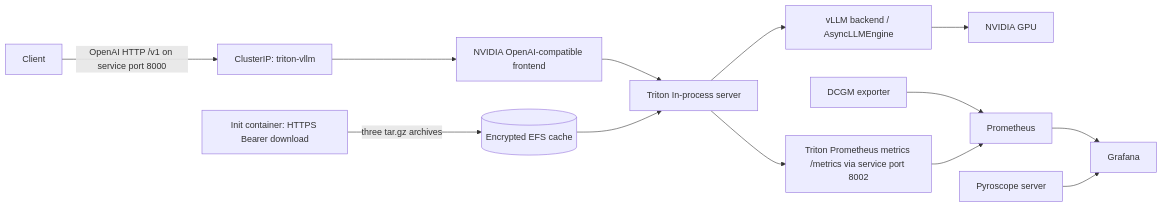
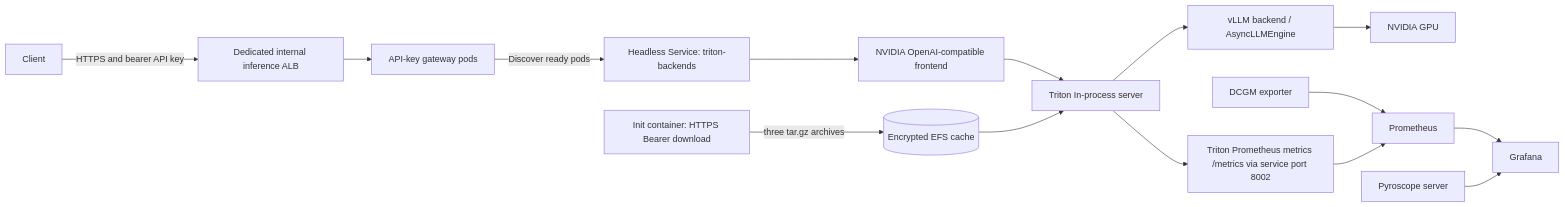
The diagram in concept.md (msb1/kube-gpu-profile), drawn with Mermaid before and after one commit. The commit also changed other lines of this file and 35 other files, not shown here.

````diff
--- a/concept.md
+++ b/concept.md
@@ -13,15 +13,17 @@
 ```mermaid
 flowchart LR
-  Client -->|OpenAI HTTP /v1 on service port 8000| Service[ClusterIP: triton-vllm]
+  Client -->|HTTPS and bearer API key| ALB[Dedicated internal inference ALB]
+  ALB --> Gateway[API-key gateway pods]
+  Gateway -->|Discover ready pods| Service[Headless Service: triton-backends]
   Service --> Frontend[NVIDIA OpenAI-compatible frontend]
   Frontend --> Triton[Triton In-process server]
   Triton --> Backend[vLLM backend / AsyncLLMEngine]
   Backend --> GPU[NVIDIA GPU]
   Triton --> Metrics[Triton Prometheus metrics /metrics via service port 8002]
   DCGM[DCGM exporter] --> Prom[Prometheus]
   Metrics --> Prom
   Prom --> Grafana
   Pyroscope[Pyroscope server] --> Grafana
   Init[Init container: HTTPS Bearer download] -->|three tar.gz archives| EFS[(Encrypted EFS cache)]
   EFS --> Triton
 ```
````
